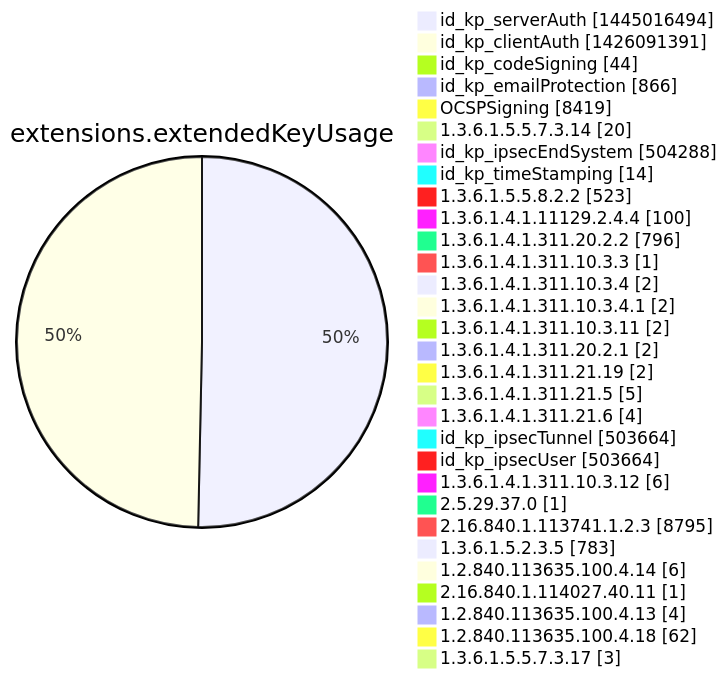
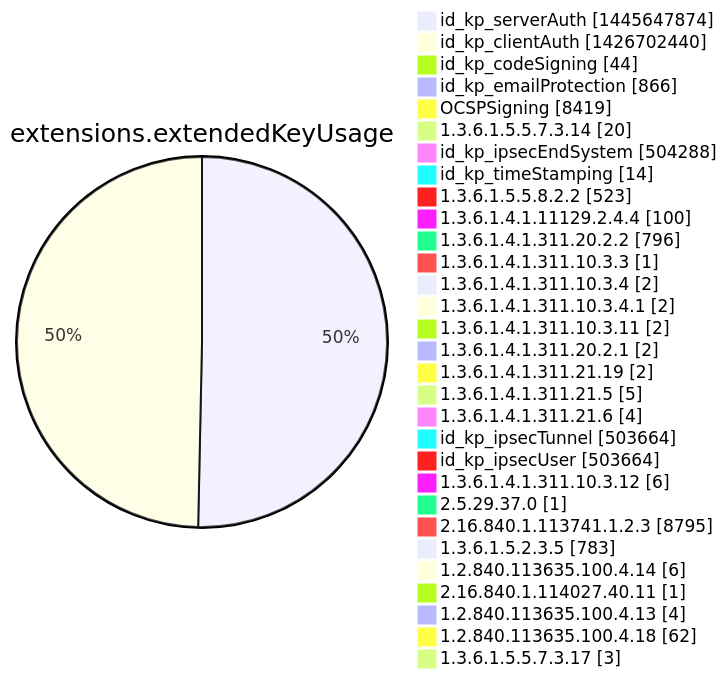
One commit to christiankrug/ctmonitor_visualization changed diagram 12 of 15 in argon2022/README.md. Above: the diagram before and after it, drawn with Mermaid. The commit also changed other lines of this file, not shown here.

````diff
--- a/argon2022/README.md
+++ b/argon2022/README.md
@@ -3555,34 +3555,34 @@
 ```mermaid
 pie showData
 title extensions.extendedKeyUsage
-"id_kp_serverAuth" :1445016494
-"id_kp_clientAuth" :1426091391
+"id_kp_serverAuth" :1445647874
+"id_kp_clientAuth" :1426702440
 "id_kp_codeSigning" :44
 "id_kp_emailProtection" :866
 "OCSPSigning" :8419
 "1.3.6.1.5.5.7.3.14" :20
 "id_kp_ipsecEndSystem" :504288
 "id_kp_timeStamping" :14
 "1.3.6.1.5.5.8.2.2" :523
 "1.3.6.1.4.1.11129.2.4.4" :100
 "1.3.6.1.4.1.311.20.2.2" :796
 "1.3.6.1.4.1.311.10.3.3" :1
 "1.3.6.1.4.1.311.10.3.4" :2
 "1.3.6.1.4.1.311.10.3.4.1" :2
 "1.3.6.1.4.1.311.10.3.11" :2
 "1.3.6.1.4.1.311.20.2.1" :2
 "1.3.6.1.4.1.311.21.19" :2
 "1.3.6.1.4.1.311.21.5" :5
 "1.3.6.1.4.1.311.21.6" :4
 "id_kp_ipsecTunnel" :503664
 "id_kp_ipsecUser" :503664
 "1.3.6.1.4.1.311.10.3.12" :6
 "2.5.29.37.0" :1
 "2.16.840.1.113741.1.2.3" :8795
 "1.3.6.1.5.2.3.5" :783
 "1.2.840.113635.100.4.14" :6
 "2.16.840.1.114027.40.11" :1
 "1.2.840.113635.100.4.13" :4
 "1.2.840.113635.100.4.18" :62
 "1.3.6.1.5.5.7.3.17" :3
 ```
````
